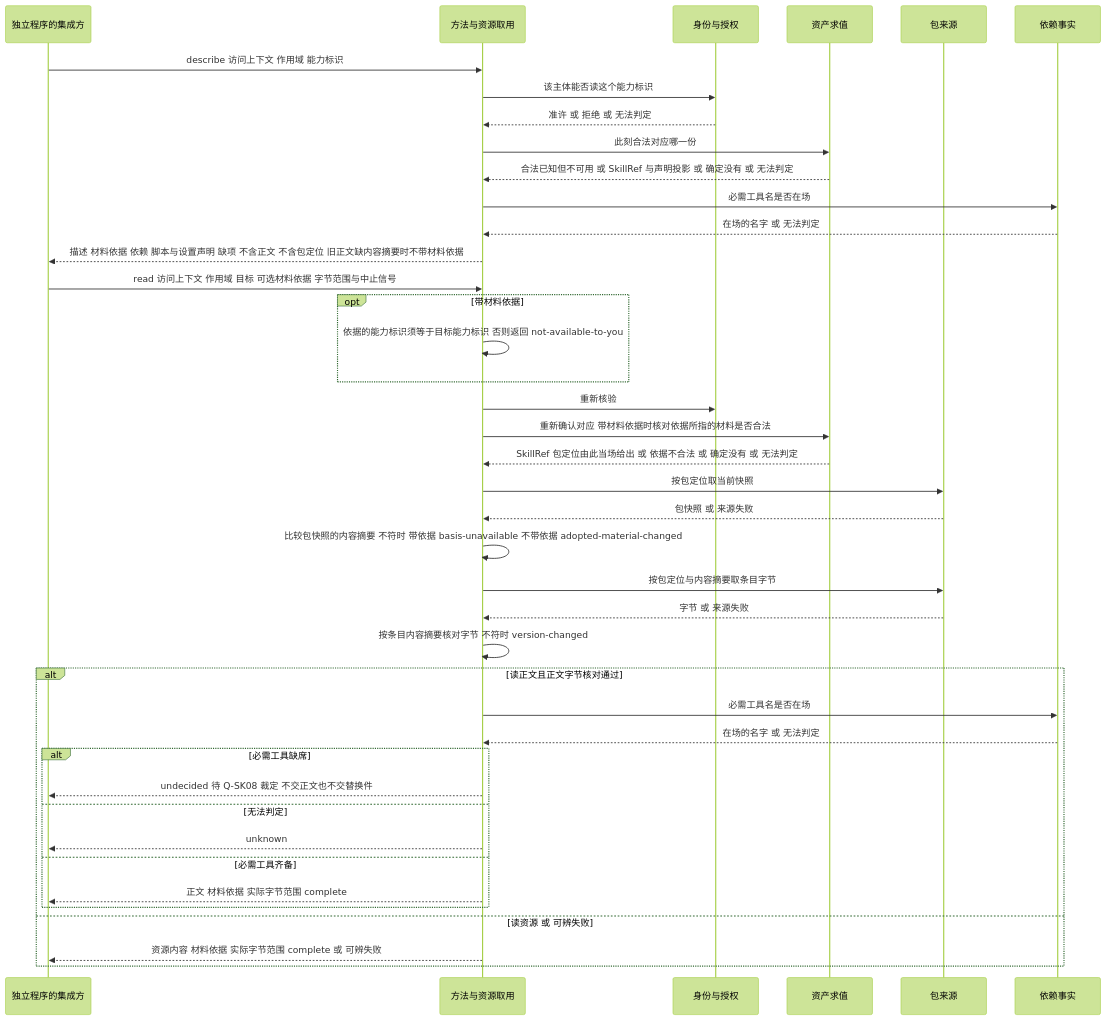
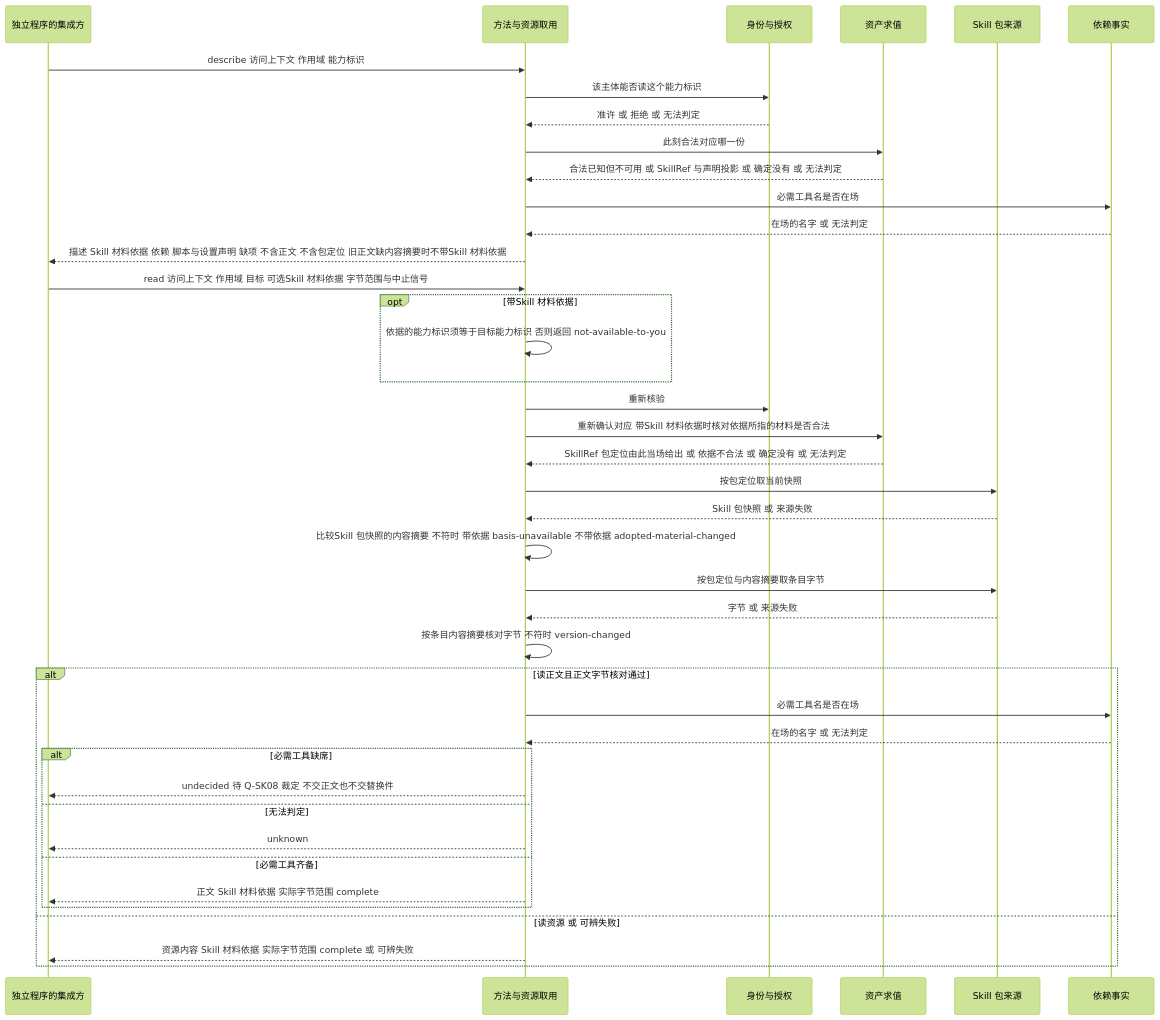
The second of 4 diagrams in docs/domains/skills/key-flows.md (nemori-ai/omne-harness-lite), drawn with Mermaid (forest theme) before and after one commit. The commit also changed other lines of this file and 8 other files, not shown here.

First line of the commit message:
docs(skills): 三个新词加 Skill 前缀：Skill 包快照、Skill 包来源、Skill 材料依据

````diff
--- a/docs/domains/skills/key-flows.md
+++ b/docs/domains/skills/key-flows.md
@@ -43,43 +43,43 @@
 ```mermaid
 sequenceDiagram
   participant P as 独立程序的集成方
   participant A as 方法与资源取用
   participant I as 身份与授权
   participant R as 资产求值
-  participant S as 包来源
+  participant S as Skill 包来源
   participant F as 依赖事实
   P->>A: describe 访问上下文 作用域 能力标识
   A->>I: 该主体能否读这个能力标识
   I-->>A: 准许 或 拒绝 或 无法判定
   A->>R: 此刻合法对应哪一份
   R-->>A: 合法已知但不可用 或 SkillRef 与声明投影 或 确定没有 或 无法判定
   A->>F: 必需工具名是否在场
   F-->>A: 在场的名字 或 无法判定
-  A-->>P: 描述 材料依据 依赖 脚本与设置声明 缺项 不含正文 不含包定位 旧正文缺内容摘要时不带材料依据
-  P->>A: read 访问上下文 作用域 目标 可选材料依据 字节范围与中止信号
-  opt 带材料依据
+  A-->>P: 描述 Skill 材料依据 依赖 脚本与设置声明 缺项 不含正文 不含包定位 旧正文缺内容摘要时不带Skill 材料依据
+  P->>A: read 访问上下文 作用域 目标 可选Skill 材料依据 字节范围与中止信号
+  opt 带Skill 材料依据
     A->>A: 依据的能力标识须等于目标能力标识 否则返回 not-available-to-you
   end
   A->>I: 重新核验
-  A->>R: 重新确认对应 带材料依据时核对依据所指的材料是否合法
+  A->>R: 重新确认对应 带Skill 材料依据时核对依据所指的材料是否合法
   R-->>A: SkillRef 包定位由此当场给出 或 依据不合法 或 确定没有 或 无法判定
   A->>S: 按包定位取当前快照
-  S-->>A: 包快照 或 来源失败
-  A->>A: 比较包快照的内容摘要 不符时 带依据 basis-unavailable 不带依据 adopted-material-changed
+  S-->>A: Skill 包快照 或 来源失败
+  A->>A: 比较Skill 包快照的内容摘要 不符时 带依据 basis-unavailable 不带依据 adopted-material-changed
   A->>S: 按包定位与内容摘要取条目字节
   S-->>A: 字节 或 来源失败
   A->>A: 按条目内容摘要核对字节 不符时 version-changed
   alt 读正文且正文字节核对通过
     A->>F: 必需工具名是否在场
     F-->>A: 在场的名字 或 无法判定
     alt 必需工具缺席
       A-->>P: undecided 待 Q-SK08 裁定 不交正文也不交替换件
     else 无法判定
       A-->>P: unknown
     else 必需工具齐备
-      A-->>P: 正文 材料依据 实际字节范围 complete
+      A-->>P: 正文 Skill 材料依据 实际字节范围 complete
     end
   else 读资源 或 可辨失败
-    A-->>P: 资源内容 材料依据 实际字节范围 complete 或 可辨失败
+    A-->>P: 资源内容 Skill 材料依据 实际字节范围 complete 或 可辨失败
   end
 ```
````
